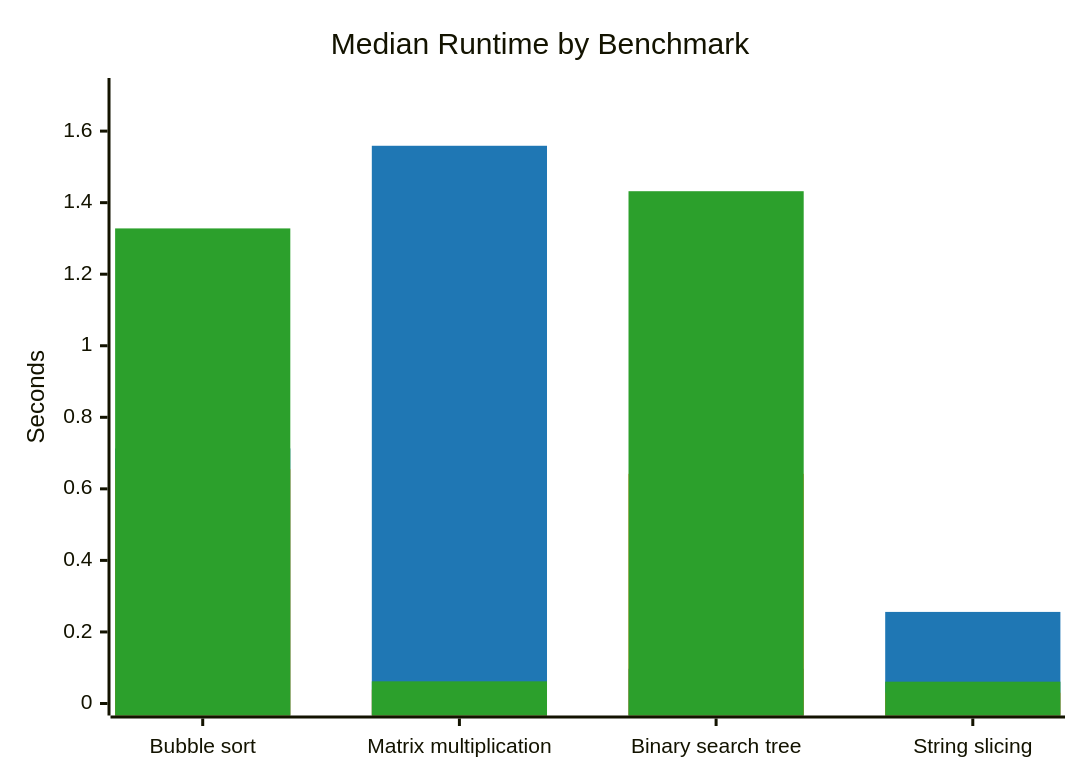
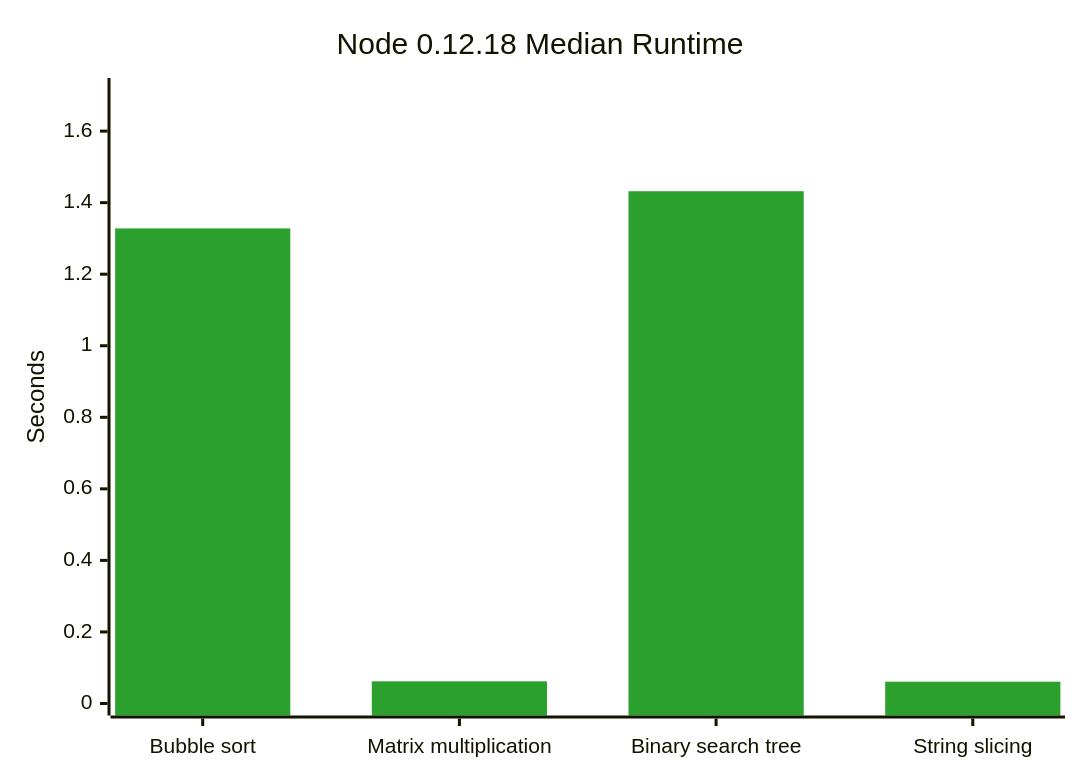
One commit to GiavaScript/GiavaScript changed the third of 3 diagrams in README.md. Above: the diagram before and after it, drawn with Mermaid. The commit also changed other lines of this file and 1 other file, not shown here.

Commit message:
separate charts

````diff
--- a/README.md
+++ b/README.md
@@ -77,10 +95,8 @@
 ```mermaid
-%%{init: {"themeVariables": {"xyChart": {"plotColorPalette": "#1f77b4, #ff7f0e, #2ca02c"}}}}%%
+%%{init: {"themeVariables": {"xyChart": {"plotColorPalette": "#2ca02c"}}}}%%
 xychart-beta
-    title "Median Runtime by Benchmark"
+    title "Node 0.12.18 Median Runtime"
     x-axis ["Bubble sort", "Matrix multiplication", "Binary search tree", "String slicing"]
     y-axis "Seconds" 0 --> 1.7149
-    bar [0.713, 1.559, 0.097, 0.256]
-    bar [0.655, 0.039, 0.642, 0.03]
     bar [1.328, 0.062, 1.432, 0.061]
 ```
````
